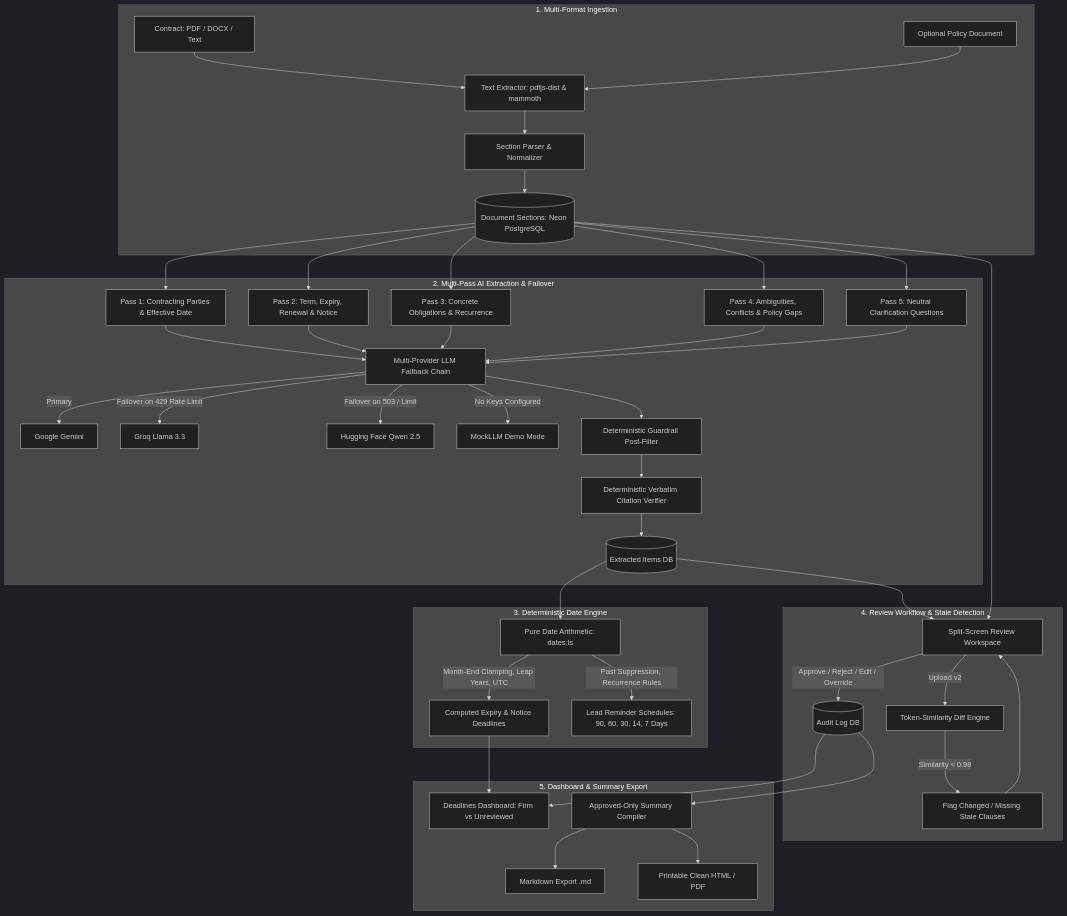
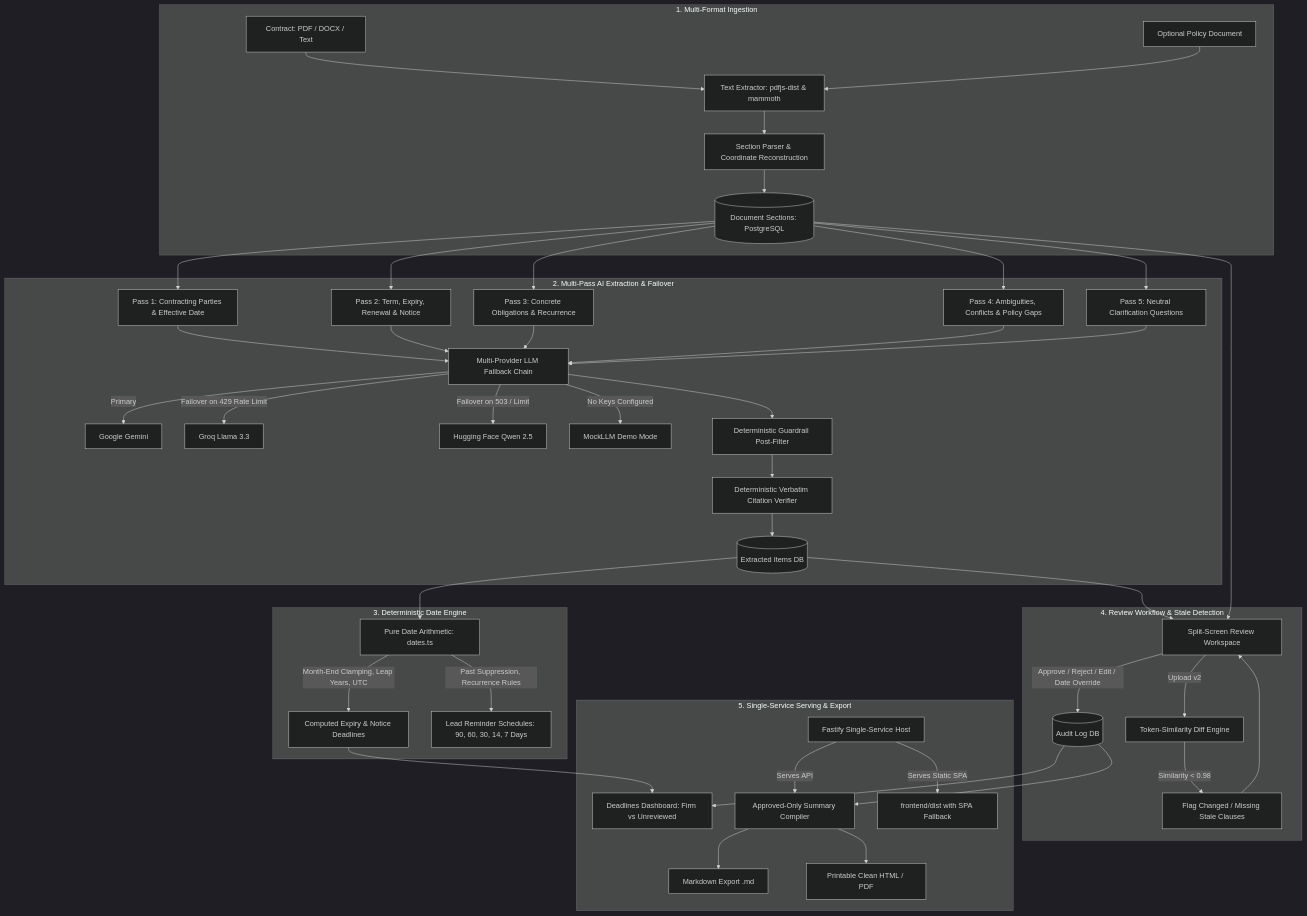
One commit to aggisanjay/Contract-Obligation-and-Renewal-Assistant changed the diagram in README.md. Above: the diagram before and after it, drawn with Mermaid (dark theme). The commit also changed other lines of this file and 55 other files, not shown here.

````diff
--- a/README.md
+++ b/README.md
@@ -21,49 +23,51 @@
 ```mermaid
 flowchart TD
     subgraph Ingestion ["1. Multi-Format Ingestion"]
         A[Contract: PDF / DOCX / Text] --> B[Text Extractor: pdfjs-dist & mammoth]
         P[Optional Policy Document] --> B
-        B --> C[Section Parser & Normalizer]
-        C --> D[(Document Sections: Neon PostgreSQL)]
+        B --> C[Section Parser & Coordinate Reconstruction]
+        C --> D[(Document Sections: PostgreSQL)]
     end
 
     subgraph Pipeline ["2. Multi-Pass AI Extraction & Failover"]
         D --> E1[Pass 1: Contracting Parties & Effective Date]
         D --> E2[Pass 2: Term, Expiry, Renewal & Notice]
         D --> E3[Pass 3: Concrete Obligations & Recurrence]
         D --> E4[Pass 4: Ambiguities, Conflicts & Policy Gaps]
         D --> E5[Pass 5: Neutral Clarification Questions]
         
         E1 & E2 & E3 & E4 & E5 --> F[Multi-Provider LLM Fallback Chain]
         F -->|Primary| F1[Google Gemini]
         F -->|Failover on 429 Rate Limit| F2[Groq Llama 3.3]
         F -->|Failover on 503 / Limit| F3[Hugging Face Qwen 2.5]
         F -->|No Keys Configured| F4[MockLLM Demo Mode]
 
         F --> G[Deterministic Guardrail Post-Filter]
         G --> H[Deterministic Verbatim Citation Verifier]
         H --> I[(Extracted Items DB)]
     end
 
     subgraph DeterministicEngine ["3. Deterministic Date Engine"]
         I --> J[Pure Date Arithmetic: dates.ts]
         J -->|Month-End Clamping, Leap Years, UTC| K[Computed Expiry & Notice Deadlines]
         J -->|Past Suppression, Recurrence Rules| L[Lead Reminder Schedules: 90, 60, 30, 14, 7 Days]
     end
 
     subgraph HumanReview ["4. Review Workflow & Stale Detection"]
         I --> M[Split-Screen Review Workspace]
         D --> M
-        M -->|Approve / Reject / Edit / Override| N[(Audit Log DB)]
+        M -->|Approve / Reject / Edit / Date Override| N[(Audit Log DB)]
         M -->|Upload v2| O[Token-Similarity Diff Engine]
         O -->|Similarity < 0.98| P3[Flag Changed / Missing Stale Clauses]
         P3 --> M
     end
 
-    subgraph Output ["5. Dashboard & Summary Export"]
+    subgraph Output ["5. Single-Service Serving & Export"]
         N & K --> Q[Deadlines Dashboard: Firm vs Unreviewed]
         N --> R[Approved-Only Summary Compiler]
         R --> S1[Markdown Export .md]
         R --> S2[Printable Clean HTML / PDF]
+        Fastify[Fastify Single-Service Host] -->|Serves API| R
+        Fastify -->|Serves Static SPA| SPA[frontend/dist with SPA Fallback]
     end
 ```
````
